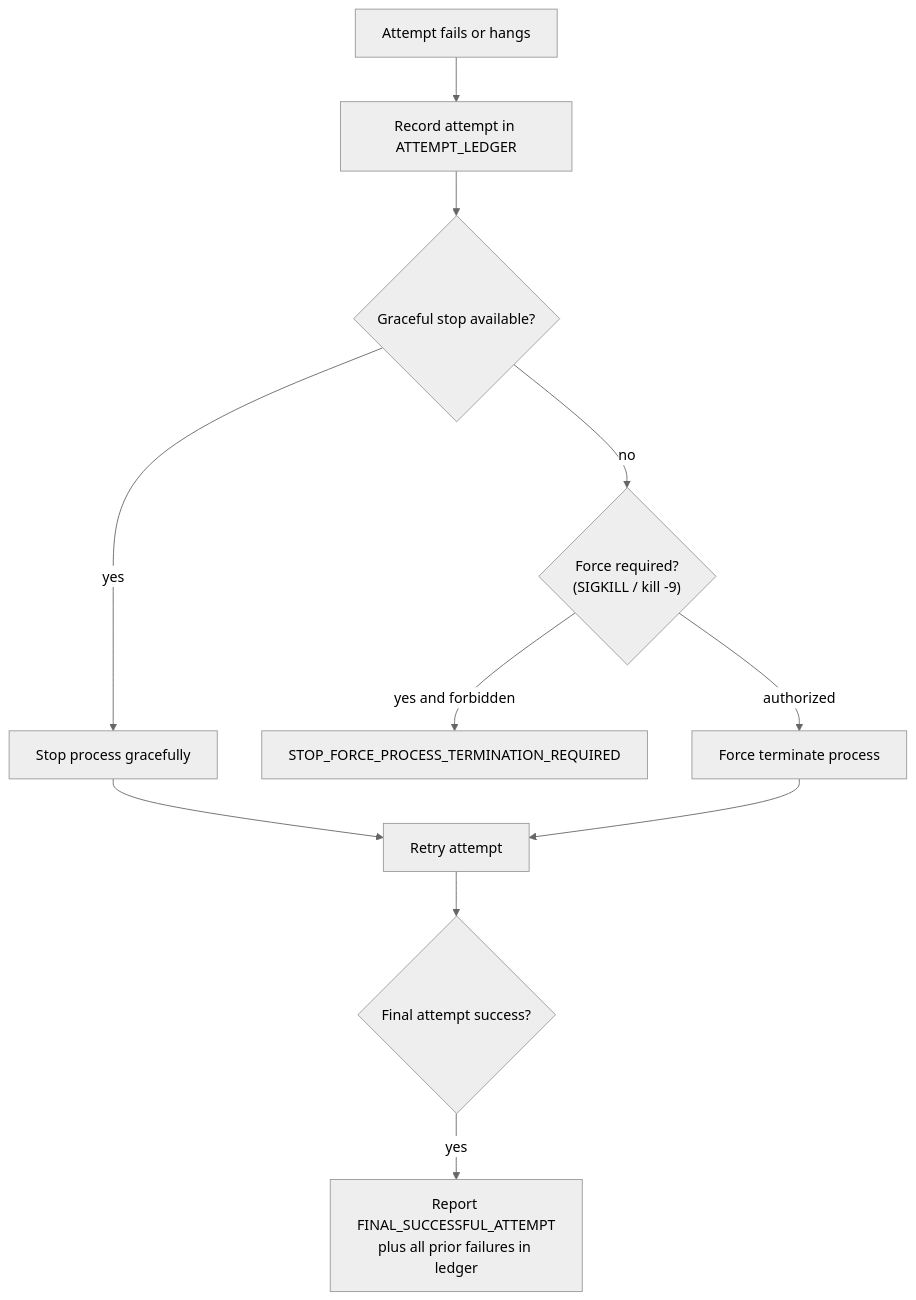
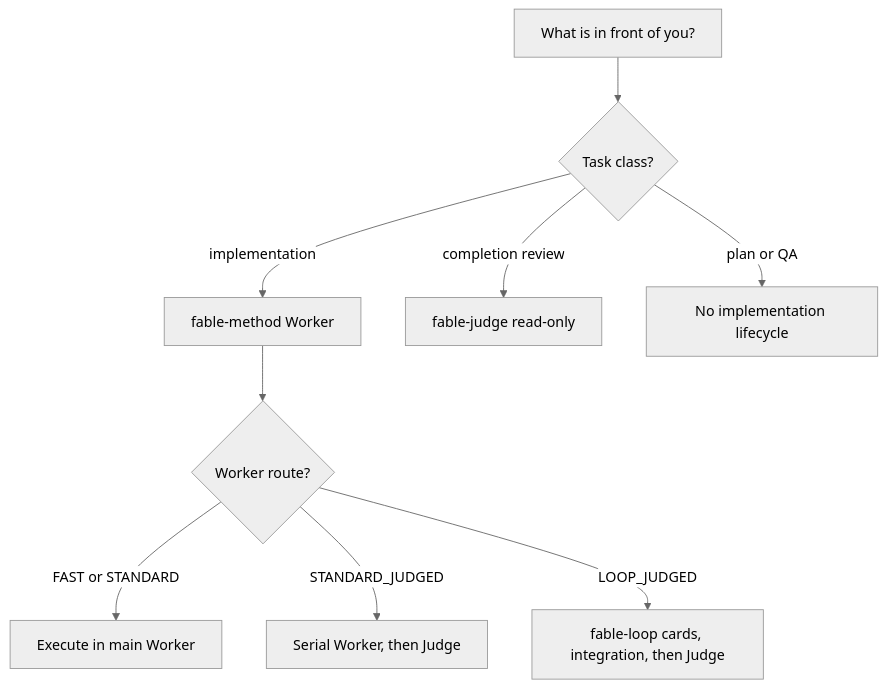
Before and after one commit to kelvinhuang0327/skill: the fifth of 5 diagrams in fable-method/platforms/gemini/fable-method/references/flowcharts.md, drawn with Mermaid (neutral theme). The commit also changed other lines of this file and 63 other files, not shown here.

````diff
--- a/fable-method/platforms/gemini/fable-method/references/flowcharts.md
+++ b/fable-method/platforms/gemini/fable-method/references/flowcharts.md
@@ -276,13 +102,11 @@
 ```mermaid
 flowchart TD
-    A["Attempt fails or hangs"] --> B["Record attempt in ATTEMPT_LEDGER"]
-    B --> C{"Graceful stop available?"}
-    C -->|yes| STOPG["Stop process gracefully"]
-    C -->|no| FORCE{"Force required?<br/>(SIGKILL / kill -9)"}
-    FORCE -->|"yes and forbidden"| STOPF["STOP_FORCE_PROCESS_TERMINATION_REQUIRED"]
-    FORCE -->|authorized| STOPFORCE["Force terminate process"]
-    STOPG --> RETRY["Retry attempt"]
-    STOPFORCE --> RETRY
-    RETRY --> FIN{"Final attempt success?"}
-    FIN -->|yes| RPT["Report FINAL_SUCCESSFUL_ATTEMPT<br/>plus all prior failures in ledger"]
+    ASK["What is in front of you?"] --> CLASS{"Task class?"}
+    CLASS -->|implementation| WORKER["fable-method Worker"]
+    CLASS -->|completion review| JUDGE["fable-judge read-only"]
+    CLASS -->|plan or QA| FINDINGS["No implementation lifecycle"]
+    WORKER --> ROUTE{"Worker route?"}
+    ROUTE -->|"FAST or STANDARD"| INLINE["Execute in main Worker"]
+    ROUTE -->|STANDARD_JUDGED| INDEPENDENT["Serial Worker, then Judge"]
+    ROUTE -->|LOOP_JUDGED| BACKEND["fable-loop cards, integration, then Judge"]
 ```
````
